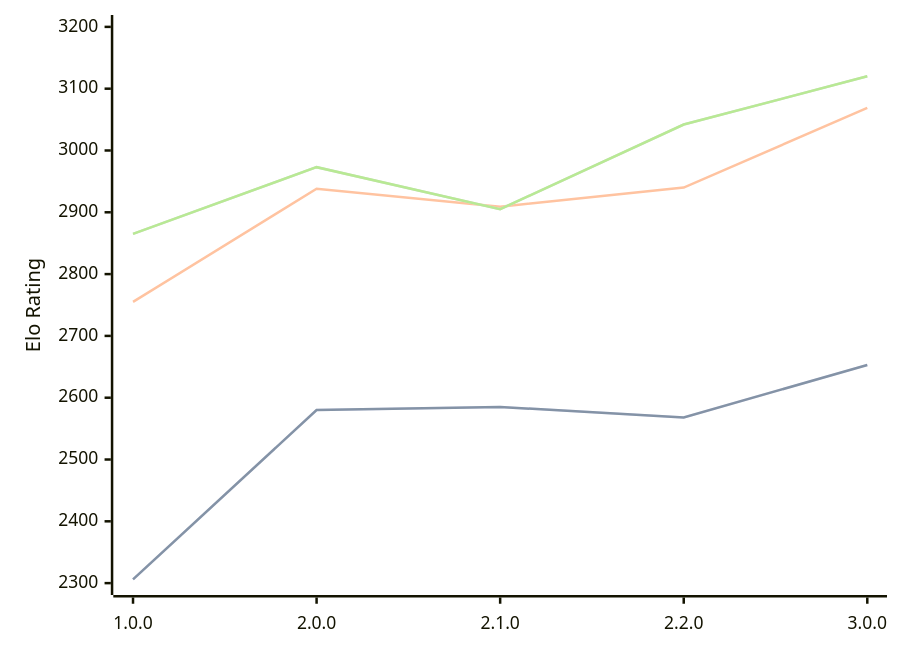
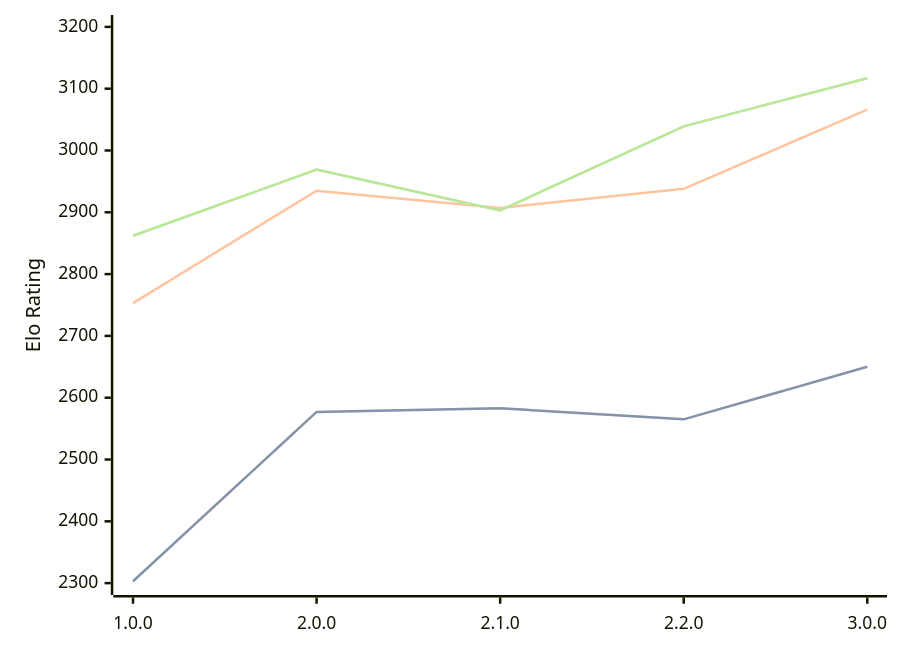
One commit to computer-chess-index/cci changed the diagram in engines/Catalyst.md. Above: the diagram before and after it, drawn with Mermaid. The commit also changed other lines of this file, not shown here.

Commit message:
Update CCI Ratings (ELO VLTC) - 2026-06-08

````diff
--- a/engines/Catalyst.md
+++ b/engines/Catalyst.md
@@ -35,11 +35,11 @@
 ```mermaid
 %%{init: {"theme":"base","themeVariables":{"seriesColors:['#a3a3a3','#222221','#faa371']}}}%%
 xychart-beta
   x-axis ["1.0.0", "2.0.0", "2.1.0", "2.2.0", "3.0.0"]
   y-axis "Elo Rating" 2300 --> 3200
-  line "STC (8.0+0.08s)" [2306, 2580, 2585, 2568, 2653]
-  line "STC (8.0+0.08s)" [2306, 2580, 2585, 2568, 2653]
-  line "LTC (60.0+0.60s)" [2755, 2938, 2909, 2940, 3069]
-  line "VLTC (2m24s+1.12s)" [2865, 2973, 2905, 3042, 3120]
-  line "VLTC (2m24s+1.12s)" [2865, 2973, 2905, 3042, 3120]
+  line "STC (8.0+0.08s)" [2303, 2577, 2583, 2565, 2650]
+  line "STC (8.0+0.08s)" [2303, 2577, 2583, 2565, 2650]
+  line "LTC (60.0+0.60s)" [2753, 2935, 2907, 2938, 3066]
+  line "VLTC (2m24s+1.12s)" [2862, 2969, 2903, 3039, 3117]
+  line "VLTC (2m24s+1.12s)" [2862, 2969, 2903, 3039, 3117]
 ```
````
